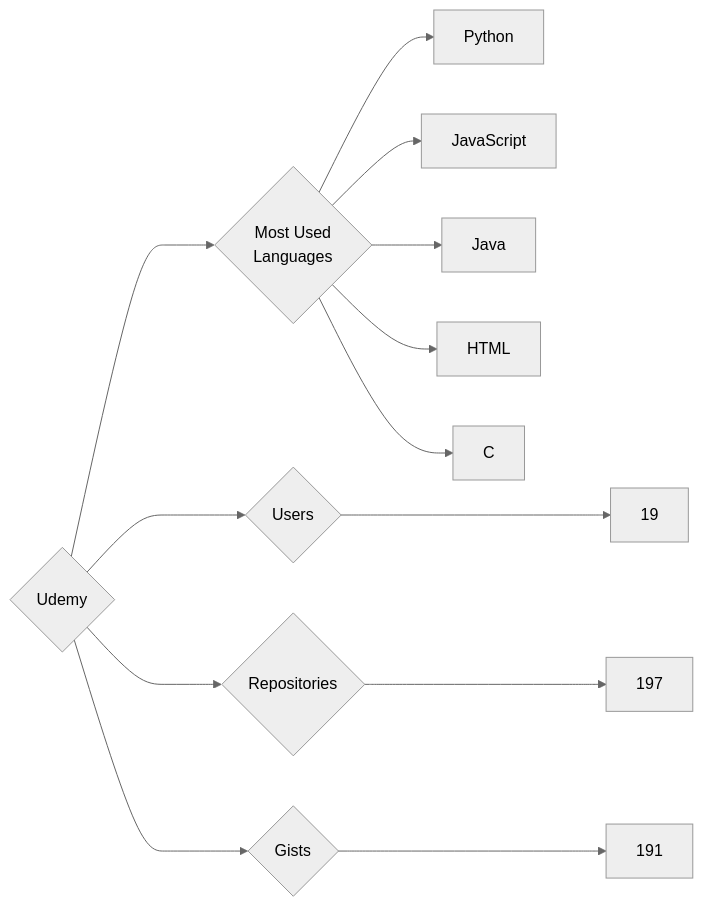
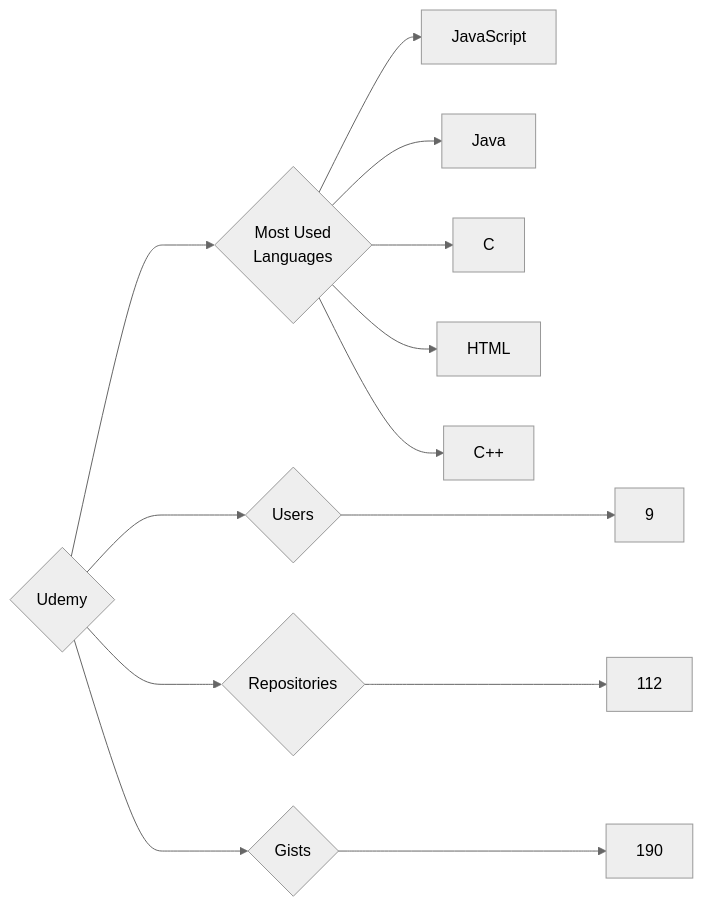
Before and after one commit to trickest/insiders: the diagram in targets/Udemy/README.md, drawn with Mermaid (neutral theme). The commit also changed 878 other files, not shown here.

````diff
--- a/targets/Udemy/README.md
+++ b/targets/Udemy/README.md
@@ -3,13 +3,13 @@
 ```mermaid
 graph LR
 COMPANY_NAME{Udemy}
-COMPANY_NAME ---> U{Users} ---> UN[19]
-COMPANY_NAME ---> R{Repositories} ---> RN[197]
-COMPANY_NAME ---> G{Gists} ---> GN[191]
+COMPANY_NAME ---> U{Users} ---> UN[9]
+COMPANY_NAME ---> R{Repositories} ---> RN[112]
+COMPANY_NAME ---> G{Gists} ---> GN[190]
 COMPANY_NAME ---> ML{Most Used<br>Languages}
-ML --> Python[Python]
 ML --> JavaScript[JavaScript]
 ML --> Java[Java]
+ML --> C[C]
 ML --> HTML[HTML]
-ML --> C[C]
+ML --> C++[C++]
 ```
````
